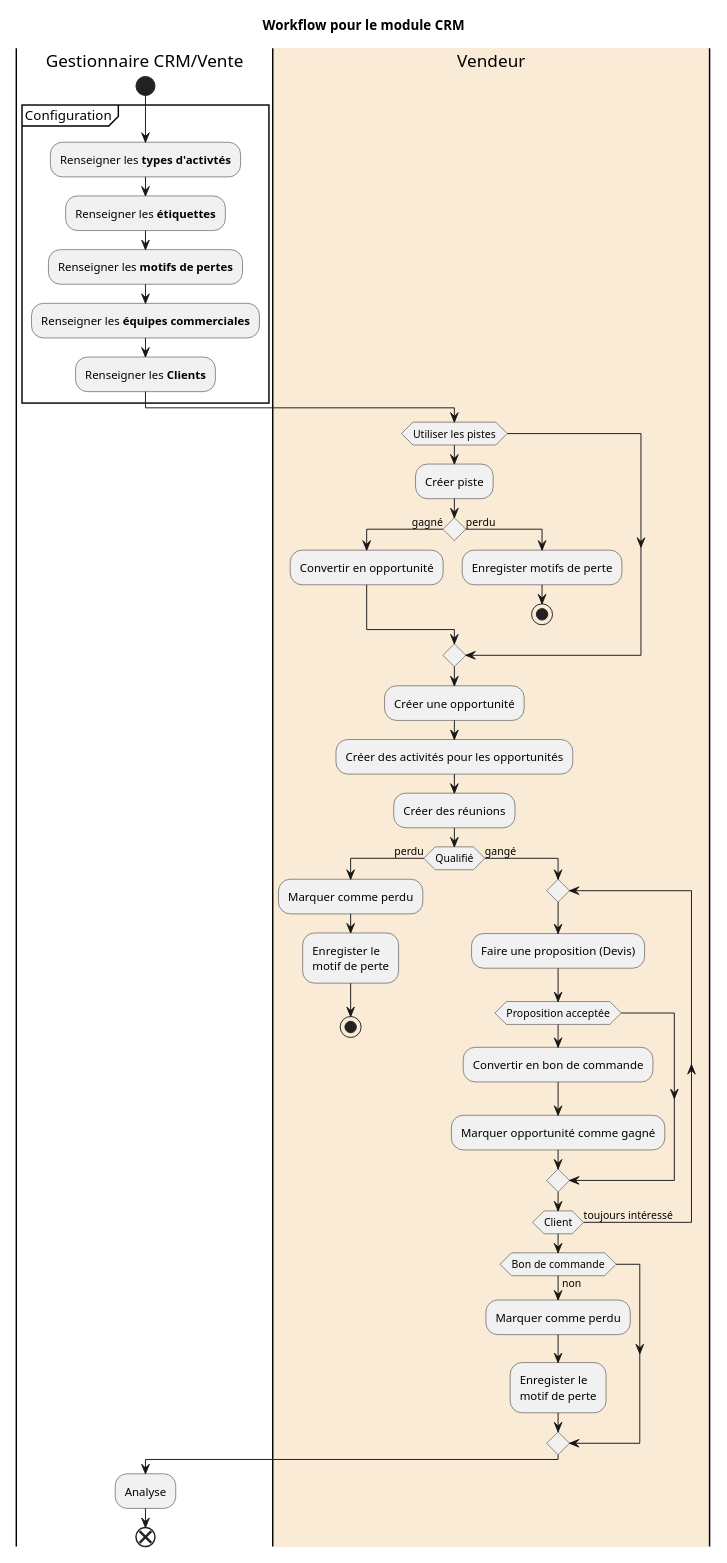
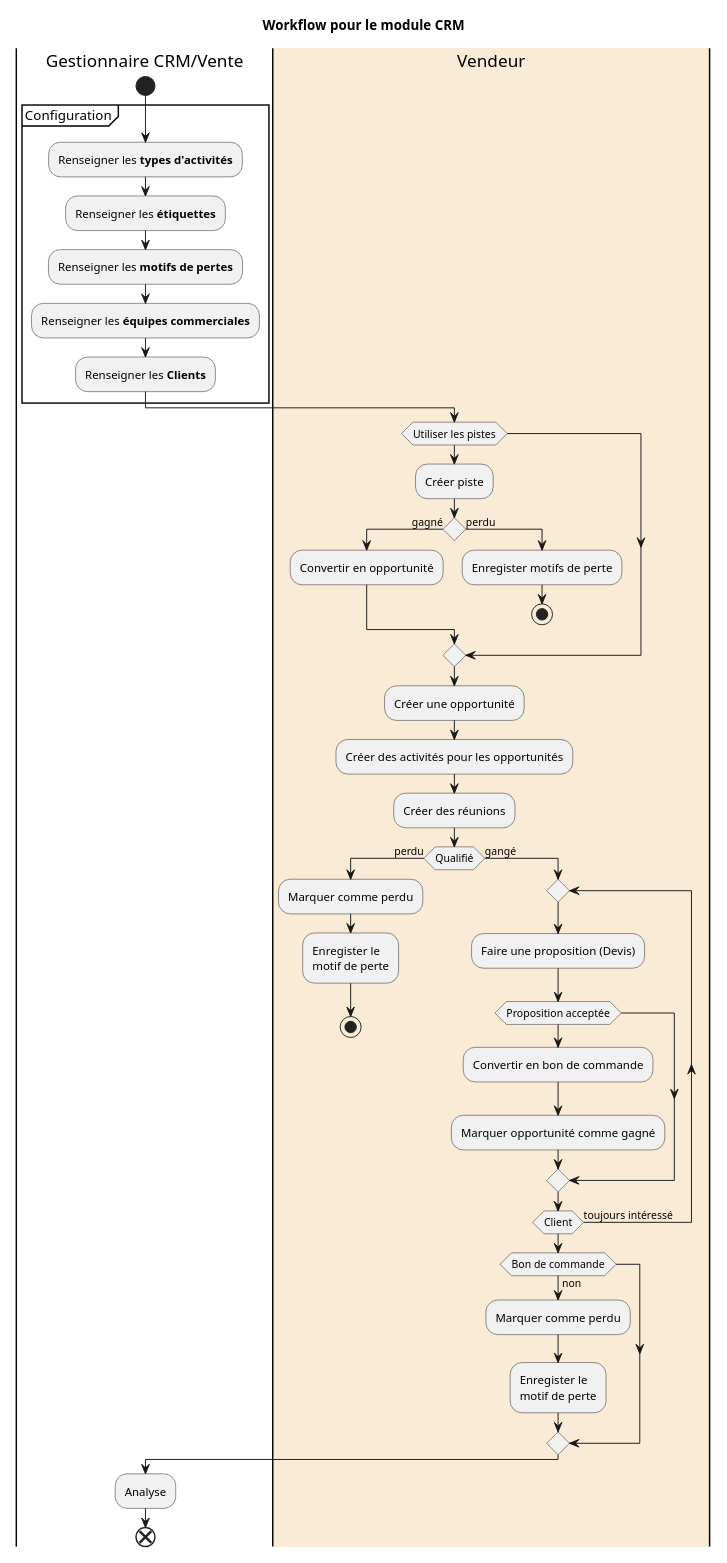
One commit to transformatek/odoo-usecases changed the diagram in source/diagrams/src/activity-crm.wsd. Above: the diagram before and after it, drawn with PlantUML. The commit also changed 10 other files, not shown here.

```diff
--- a/source/diagrams/src/activity-crm.wsd
+++ b/source/diagrams/src/activity-crm.wsd
@@ -2,52 +2,52 @@
 @startuml activity-crm
 title Workflow pour le module CRM 
 scale 100 width
 scale 1000 height
 
 
 |Gestionnaire CRM/Vente|
 start
 partition Configuration {
-    :Renseigner les **types d'activtés**;
+    :Renseigner les **types d'activités**;
     :Renseigner les **étiquettes**;
     :Renseigner les **motifs de pertes**;
     :Renseigner les **équipes commerciales**;
     :Renseigner les **Clients**;
 }
 |#AntiqueWhite|Vendeur|
 if (Utiliser les pistes) then
     :Créer piste;
     if () then (gagné)
         :Convertir en opportunité;
     else (perdu)
         :Enregister motifs de perte;
         stop
     endif
 endif
 :Créer une opportunité;
 :Créer des activités pour les opportunités;
 :Créer des réunions;
 if (Qualifié) then (perdu) 
     :Marquer comme perdu;    
     :Enregister le \nmotif de perte;
     stop
 else (gangé)
     repeat
         :Faire une proposition (Devis);
         if (Proposition acceptée) then
             :Convertir en bon de commande;
             :Marquer opportunité comme gagné;
         endif
     repeat while (Client) is (toujours intéressé)
     if (Bon de commande) then (non) 
         :Marquer comme perdu;    
         :Enregister le \nmotif de perte;
     endif
 endif
 
 |Gestionnaire CRM/Vente|
 :Analyse;
 
 end
 
 @enduml
```
